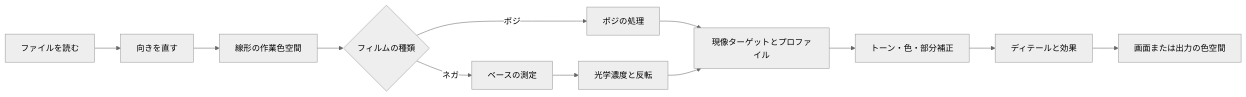
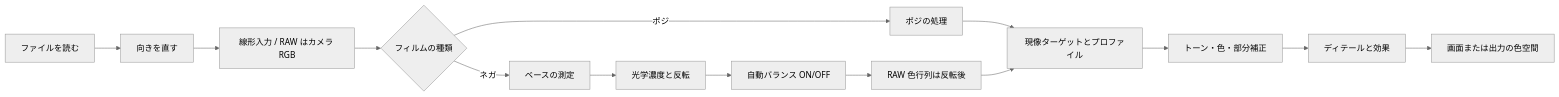
Before and after one commit to habinsong/negaflow: the diagram in docs/ja/product/CHROMA_ENGINE.md, drawn with Mermaid (neutral theme). The commit also changed other lines of this file and 142 other files, not shown here.

````diff
--- a/docs/ja/product/CHROMA_ENGINE.md
+++ b/docs/ja/product/CHROMA_ENGINE.md
@@ -28,14 +28,14 @@
 ```mermaid
 flowchart LR
     A["ファイルを読む"] --> B["向きを直す"]
-    B --> C["線形の作業色空間"]
+    B --> C["線形入力 / RAW はカメラ RGB"]
     C --> D{"フィルムの種類"}
     D -->|ポジ| E["ポジの処理"]
     D -->|ネガ| F["ベースの測定"]
     F --> G["光学濃度と反転"]
     E --> H["現像ターゲットとプロファイル"]
-    G --> H
+    G --> AB["自動バランス ON/OFF"] --> M["RAW 色行列は反転後"] --> H
     H --> I["トーン・色・部分補正"]
     I --> J["ディテールと効果"]
     J --> K["画面または出力の色空間"]
 ```
````
